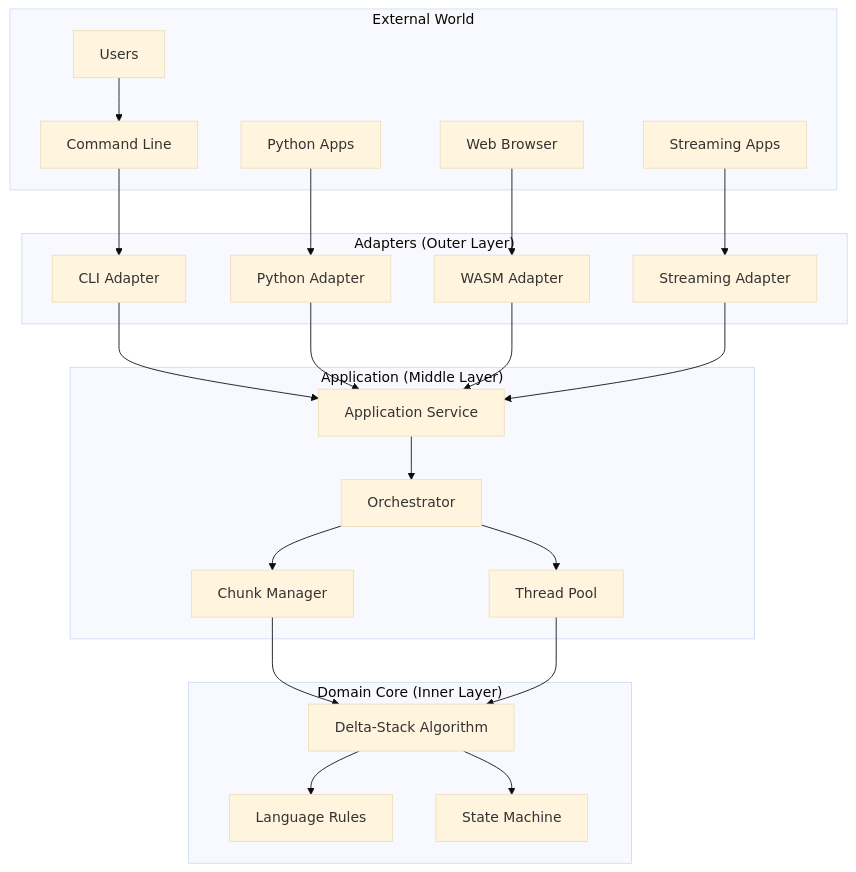
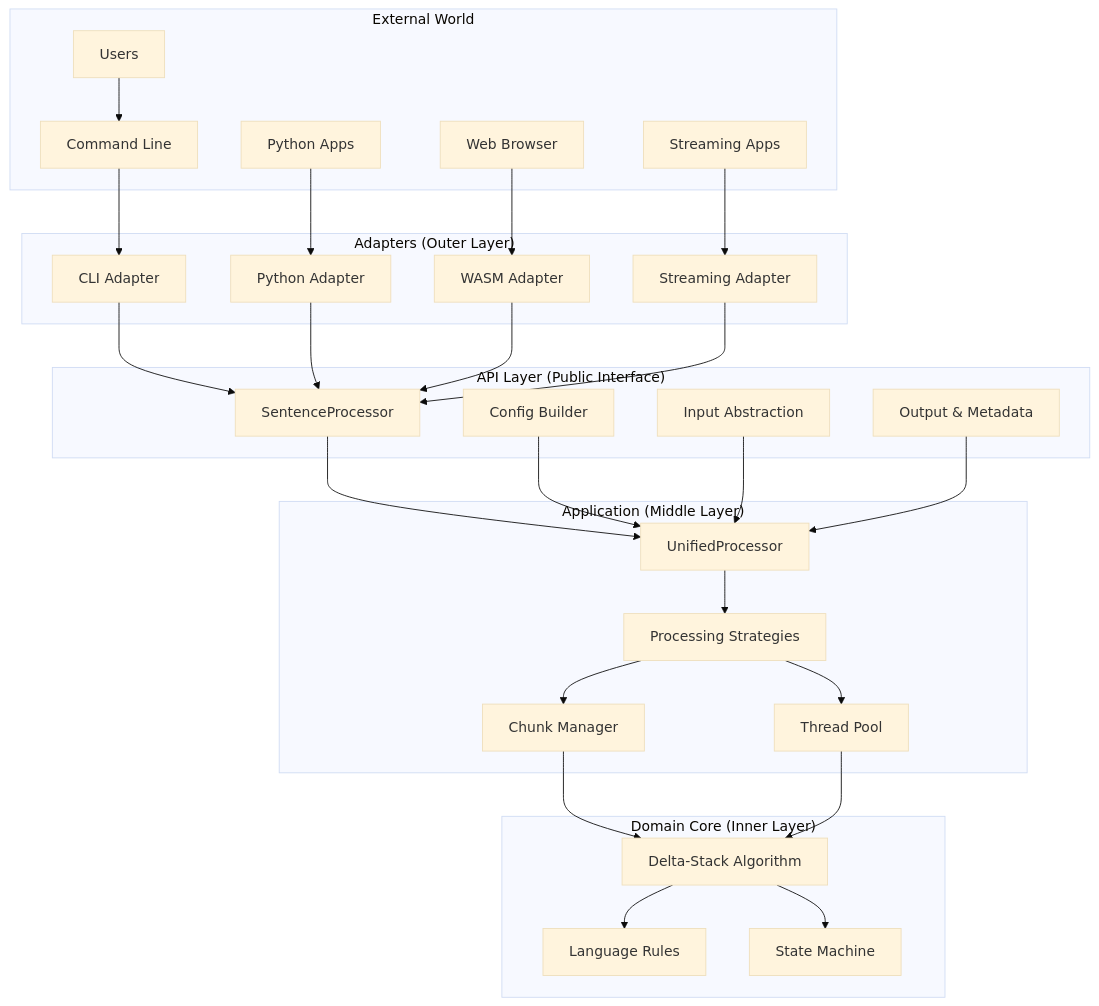
One commit to sog4be/sakurs changed the diagram in docs/ARCHITECTURE.md. Above: the diagram before and after it, drawn with Mermaid (base theme). The commit also changed other lines of this file and 1 other file, not shown here.

First line of the commit message:
docs: update architecture documentation for new API layer

````diff
--- a/docs/ARCHITECTURE.md
+++ b/docs/ARCHITECTURE.md
@@ -18,49 +18,61 @@
 ```mermaid
 graph TB
     subgraph "External World"
         USER[Users]
         PY[Python Apps]
         CLI[Command Line]
         WEB[Web Browser]
         STREAM[Streaming Apps]
     end
     
     subgraph "Adapters (Outer Layer)"
         ADP_CLI[CLI Adapter]
         ADP_PY[Python Adapter]
         ADP_WASM[WASM Adapter]
         ADP_STRM[Streaming Adapter]
     end
     
+    subgraph "API Layer (Public Interface)"
+        API[SentenceProcessor]
+        CFG[Config Builder]
+        IN[Input Abstraction]
+        OUT[Output & Metadata]
+    end
+    
     subgraph "Application (Middle Layer)"
-        APP[Application Service]
-        ORCH[Orchestrator]
+        APP[UnifiedProcessor]
+        STRAT[Processing Strategies]
         CHUNK[Chunk Manager]
         POOL[Thread Pool]
     end
     
     subgraph "Domain Core (Inner Layer)"
         ALGO[Delta-Stack Algorithm]
         RULES[Language Rules]
         STATE[State Machine]
     end
     
     USER --> CLI --> ADP_CLI
     PY --> ADP_PY
     WEB --> ADP_WASM
     STREAM --> ADP_STRM
     
-    ADP_CLI --> APP
-    ADP_PY --> APP
-    ADP_WASM --> APP
-    ADP_STRM --> APP
+    ADP_CLI --> API
+    ADP_PY --> API
+    ADP_WASM --> API
+    ADP_STRM --> API
     
-    APP --> ORCH
-    ORCH --> CHUNK
-    ORCH --> POOL
+    API --> APP
+    CFG --> APP
+    IN --> APP
+    OUT --> APP
+    
+    APP --> STRAT
+    STRAT --> CHUNK
+    STRAT --> POOL
     
     CHUNK --> ALGO
     POOL --> ALGO
     ALGO --> RULES
     ALGO --> STATE
 ```
````
